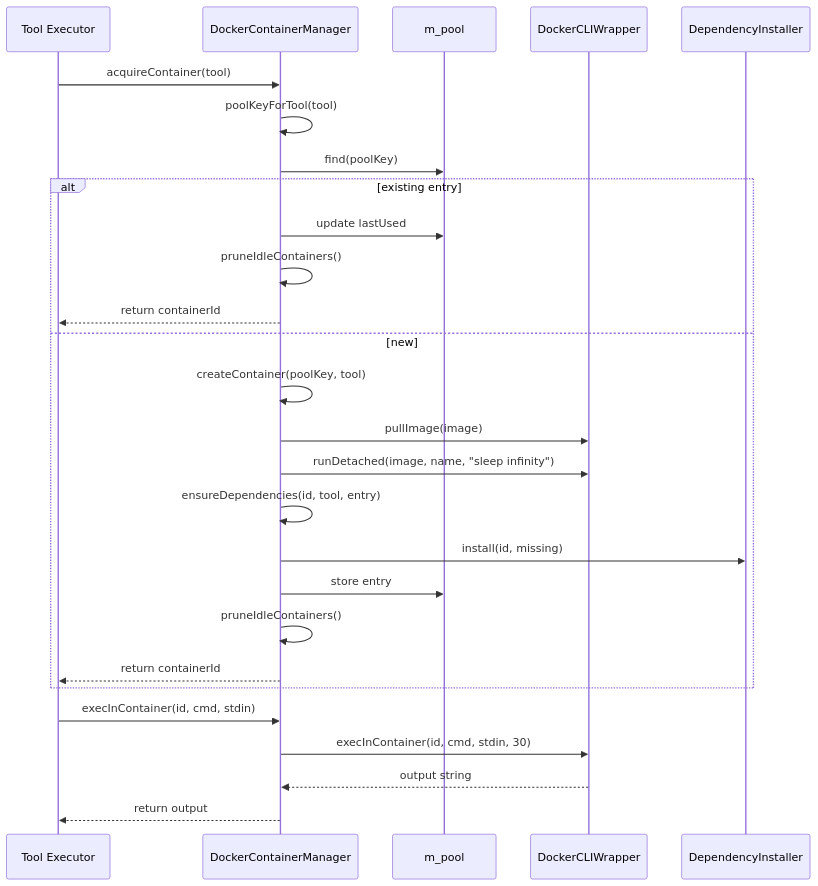
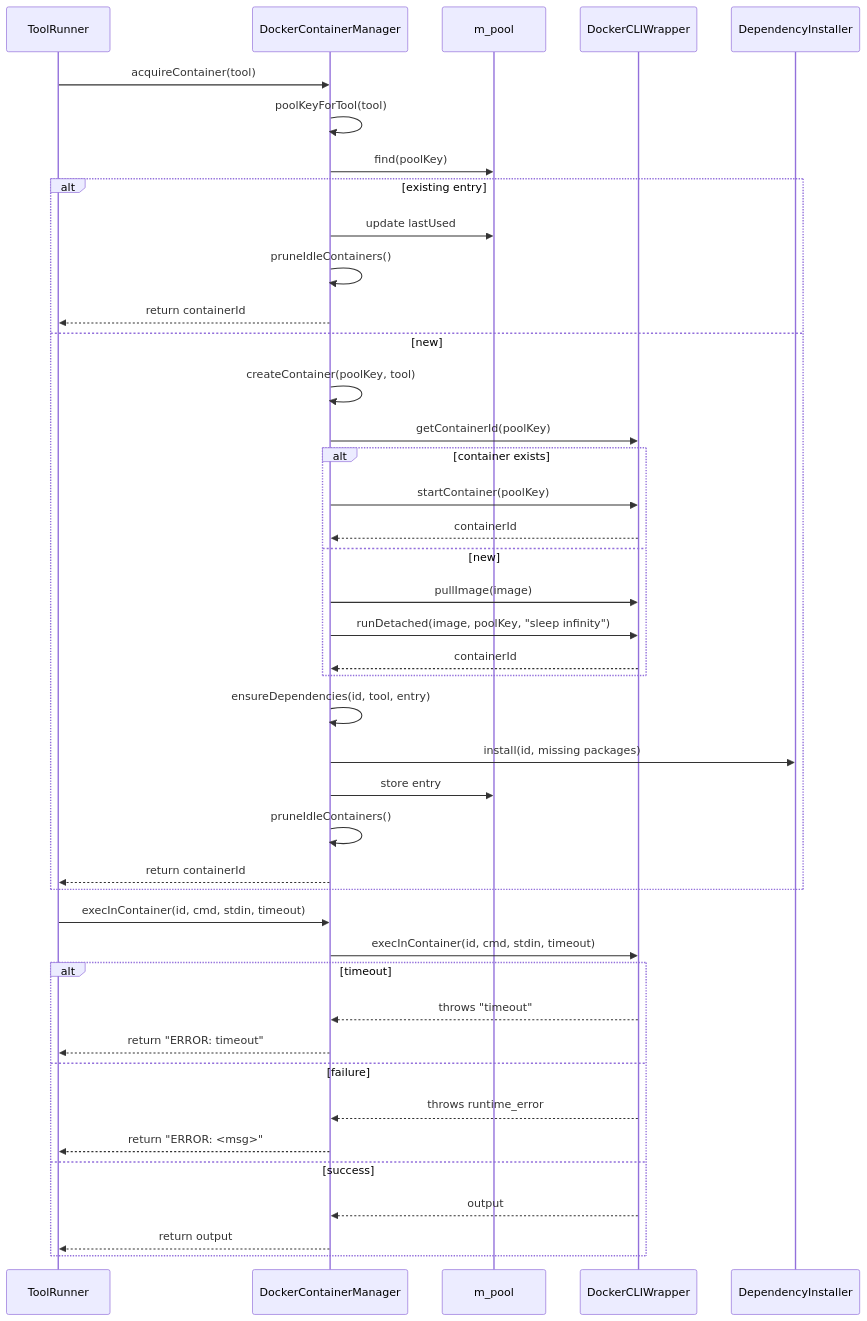
The second of 2 diagrams in src/docker/container_manager.spec.md (opensassi/a0), drawn with Mermaid before and after one commit. The commit also changed other lines of this file and 165 other files, not shown here.

````diff
--- a/src/docker/container_manager.spec.md
+++ b/src/docker/container_manager.spec.md
@@ -99,31 +141,46 @@
 ```mermaid
 sequenceDiagram
-    participant T as Tool Executor
+    participant T as ToolRunner
     participant DCM as DockerContainerManager
     participant Pool as m_pool
     participant CLI as DockerCLIWrapper
     participant DI as DependencyInstaller
 
     T->>DCM: acquireContainer(tool)
     DCM->>DCM: poolKeyForTool(tool)
     DCM->>Pool: find(poolKey)
     alt existing entry
         DCM->>Pool: update lastUsed
         DCM->>DCM: pruneIdleContainers()
         DCM-->>T: return containerId
     else new
         DCM->>DCM: createContainer(poolKey, tool)
-        DCM->>CLI: pullImage(image)
-        DCM->>CLI: runDetached(image, name, "sleep infinity")
+        DCM->>CLI: getContainerId(poolKey)
+        alt container exists
+            DCM->>CLI: startContainer(poolKey)
+            CLI-->>DCM: containerId
+        else new
+            DCM->>CLI: pullImage(image)
+            DCM->>CLI: runDetached(image, poolKey, "sleep infinity")
+            CLI-->>DCM: containerId
+        end
         DCM->>DCM: ensureDependencies(id, tool, entry)
-        DCM->>DI: install(id, missing)
+        DCM->>DI: install(id, missing packages)
         DCM->>Pool: store entry
         DCM->>DCM: pruneIdleContainers()
         DCM-->>T: return containerId
     end
 
-    T->>DCM: execInContainer(id, cmd, stdin)
-    DCM->>CLI: execInContainer(id, cmd, stdin, 30)
-    CLI-->>DCM: output string
-    DCM-->>T: return output
+    T->>DCM: execInContainer(id, cmd, stdin, timeout)
+    DCM->>CLI: execInContainer(id, cmd, stdin, timeout)
+    alt timeout
+        CLI-->>DCM: throws "timeout"
+        DCM-->>T: return "ERROR: timeout"
+    else failure
+        CLI-->>DCM: throws runtime_error
+        DCM-->>T: return "ERROR: <msg>"
+    else success
+        CLI-->>DCM: output
+        DCM-->>T: return output
+    end
 ```
````
